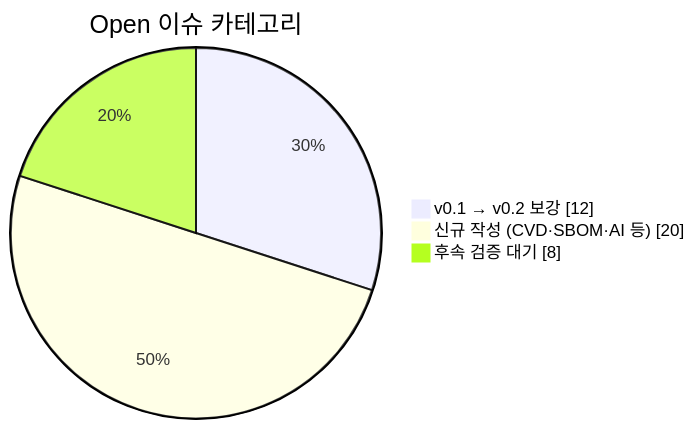
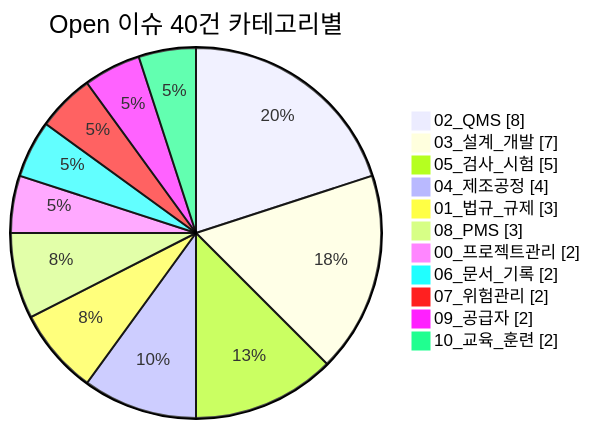
One commit to holee9/MD-process changed the fourth of 4 diagrams in README.md. Above: the diagram before and after it, drawn with Mermaid. The commit also changed other lines of this file, not shown here.

````diff
--- a/README.md
+++ b/README.md
@@ -169,7 +176,15 @@
 ```mermaid
 pie showData
-    title Open 이슈 카테고리
-    "v0.1 → v0.2 보강" : 12
-    "신규 작성 (CVD·SBOM·AI 등)" : 20
-    "후속 검증 대기" : 8
+    title Open 이슈 40건 카테고리별
+    "02_QMS" : 8
+    "03_설계_개발" : 7
+    "05_검사_시험" : 5
+    "04_제조공정" : 4
+    "01_법규_규제" : 3
+    "08_PMS" : 3
+    "00_프로젝트관리" : 2
+    "06_문서_기록" : 2
+    "07_위험관리" : 2
+    "09_공급자" : 2
+    "10_교육_훈련" : 2
 ```
````
